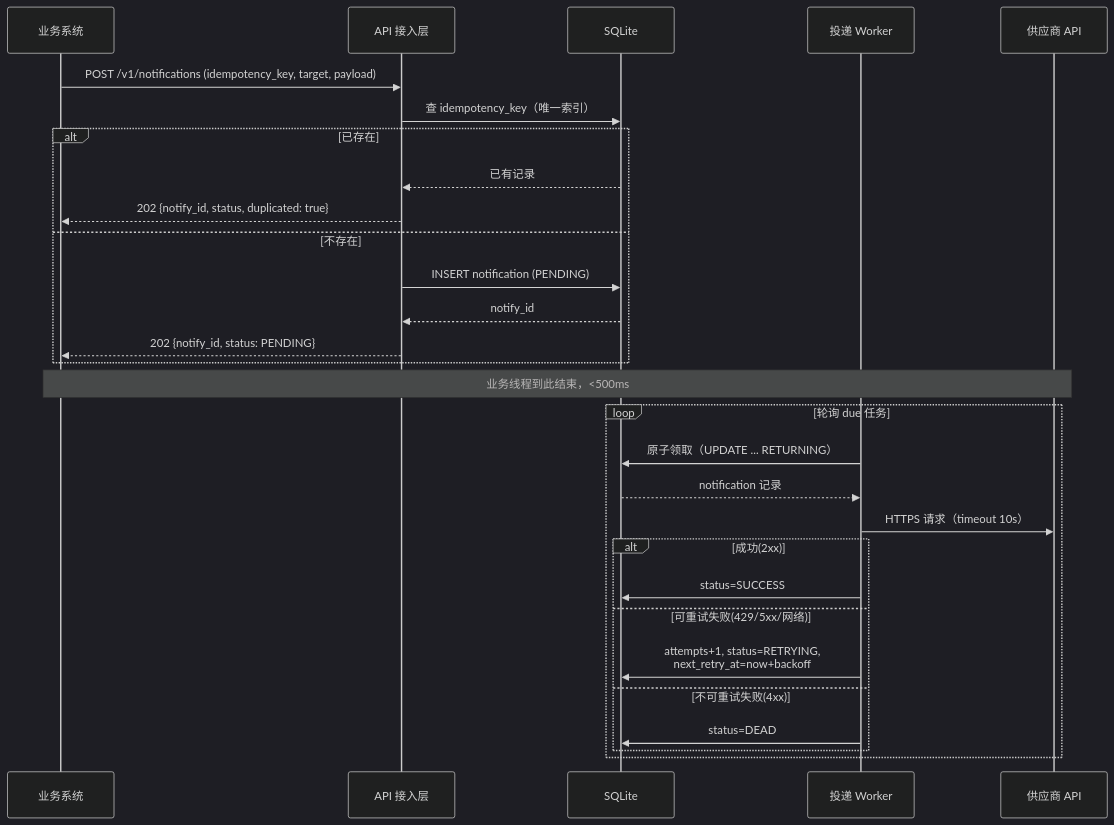
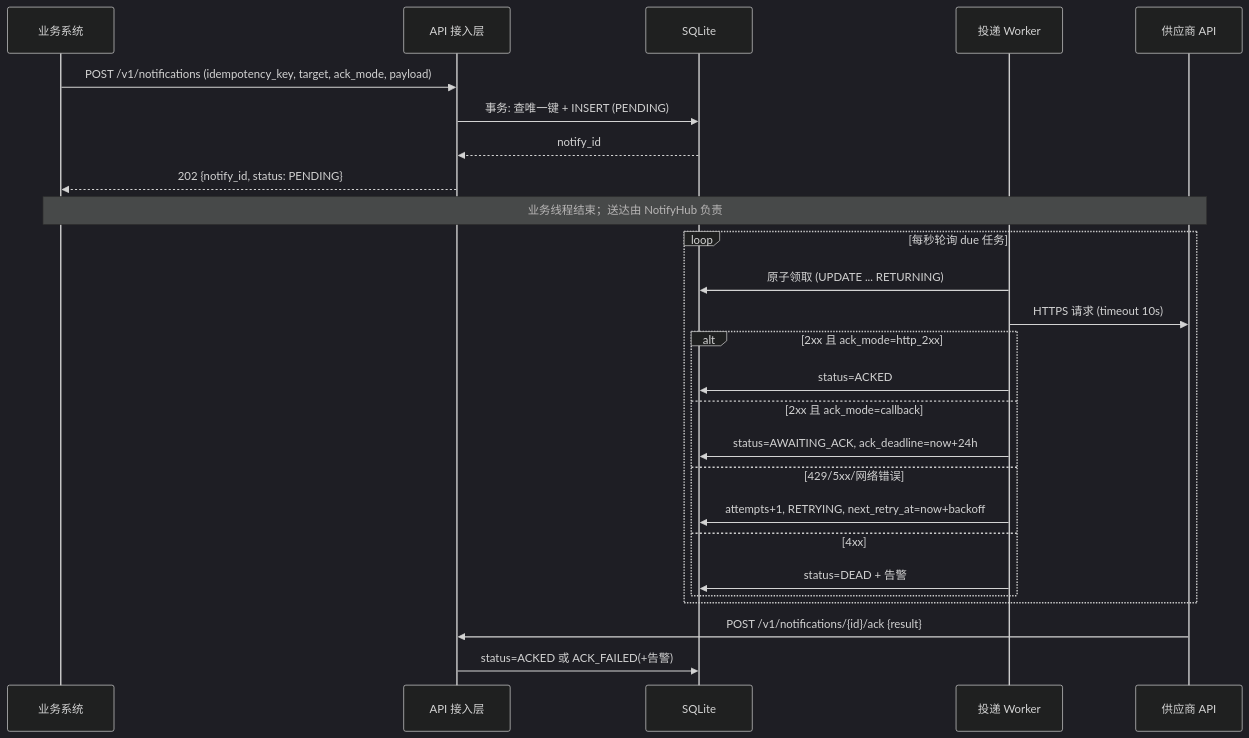
One commit to m1kasaz/rc_m1kasaz changed the third of 3 diagrams in docs/tech-design.md. Above: the diagram before and after it, drawn with Mermaid (dark theme). The commit also changed other lines of this file and 1 other file, not shown here.

Commit message:
docs: v2.0 tech design (ack channel, D3 backoff, alerting) and test cases (38 cases)

````diff
--- a/docs/tech-design.md
+++ b/docs/tech-design.md
@@ -72,33 +88,31 @@
 ```mermaid
 sequenceDiagram
     participant B as 业务系统
     participant A as API 接入层
     participant DB as SQLite
     participant W as 投递 Worker
     participant S as 供应商 API
 
-    B->>A: POST /v1/notifications (idempotency_key, target, payload)
-    A->>DB: 查 idempotency_key（唯一索引）
-    alt 已存在
-        DB-->>A: 已有记录
-        A-->>B: 202 {notify_id, status, duplicated: true}
-    else 不存在
-        A->>DB: INSERT notification (PENDING)
-        DB-->>A: notify_id
-        A-->>B: 202 {notify_id, status: PENDING}
-    end
-    Note over B,S: 业务线程到此结束，<500ms
+    B->>A: POST /v1/notifications (idempotency_key, target, ack_mode, payload)
+    A->>DB: 事务: 查唯一键 + INSERT (PENDING)
+    DB-->>A: notify_id
+    A-->>B: 202 {notify_id, status: PENDING}
+    Note over B,S: 业务线程结束；送达由 NotifyHub 负责
 
-    loop 轮询 due 任务
-        W->>DB: 原子领取（UPDATE ... RETURNING）
-        DB-->>W: notification 记录
-        W->>S: HTTPS 请求（timeout 10s）
-        alt 成功(2xx)
-            W->>DB: status=SUCCESS
-        else 可重试失败(429/5xx/网络)
-            W->>DB: attempts+1, status=RETRYING,<br/>next_retry_at=now+backoff
-        else 不可重试失败(4xx)
-            W->>DB: status=DEAD
+    loop 每秒轮询 due 任务
+        W->>DB: 原子领取 (UPDATE ... RETURNING)
+        W->>S: HTTPS 请求 (timeout 10s)
+        alt 2xx 且 ack_mode=http_2xx
+            W->>DB: status=ACKED
+        else 2xx 且 ack_mode=callback
+            W->>DB: status=AWAITING_ACK, ack_deadline=now+24h
+        else 429/5xx/网络错误
+            W->>DB: attempts+1, RETRYING, next_retry_at=now+backoff
+        else 4xx
+            W->>DB: status=DEAD + 告警
         end
     end
+
+    S->>A: POST /v1/notifications/{id}/ack {result}
+    A->>DB: status=ACKED 或 ACK_FAILED(+告警)
 ```
````
